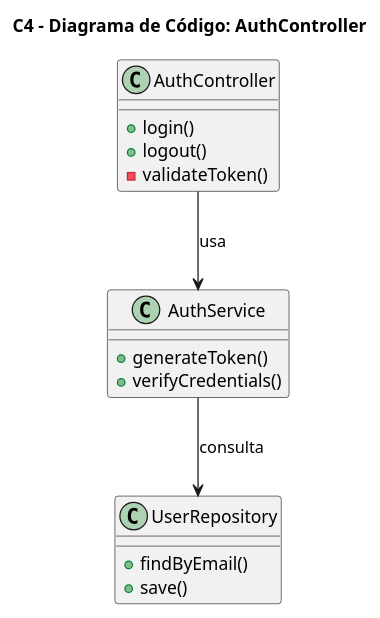
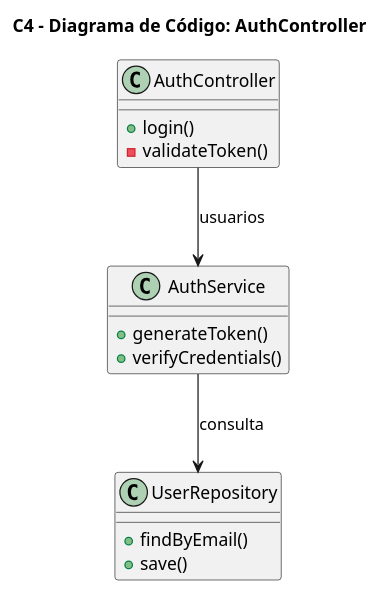
The diagram in docs/sistema.puml (Carlos-73CK/demo-documentacion-viva), drawn with PlantUML before and after one commit.

```diff
--- a/docs/sistema.puml
+++ b/docs/sistema.puml
@@ -1,23 +1,22 @@
 @startuml
 title "C4 - Diagrama de Código: AuthController"
 
 class AuthController {
     +login()
-    +logout()
     -validateToken()
 }
 
 class AuthService {
     +generateToken()
     +verifyCredentials()
 }
 
 class UserRepository {
     +findByEmail()
     +save()
 }
 
-AuthController --> AuthService : usa
+AuthController --> AuthService : usuarios 
 AuthService --> UserRepository : consulta
 
 @enduml
```
